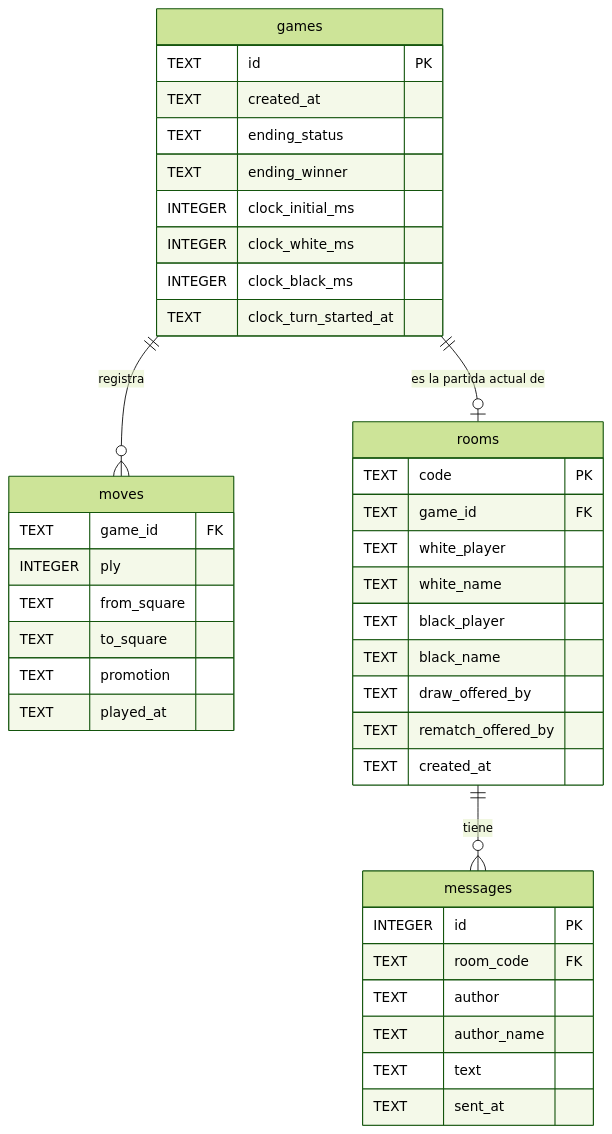
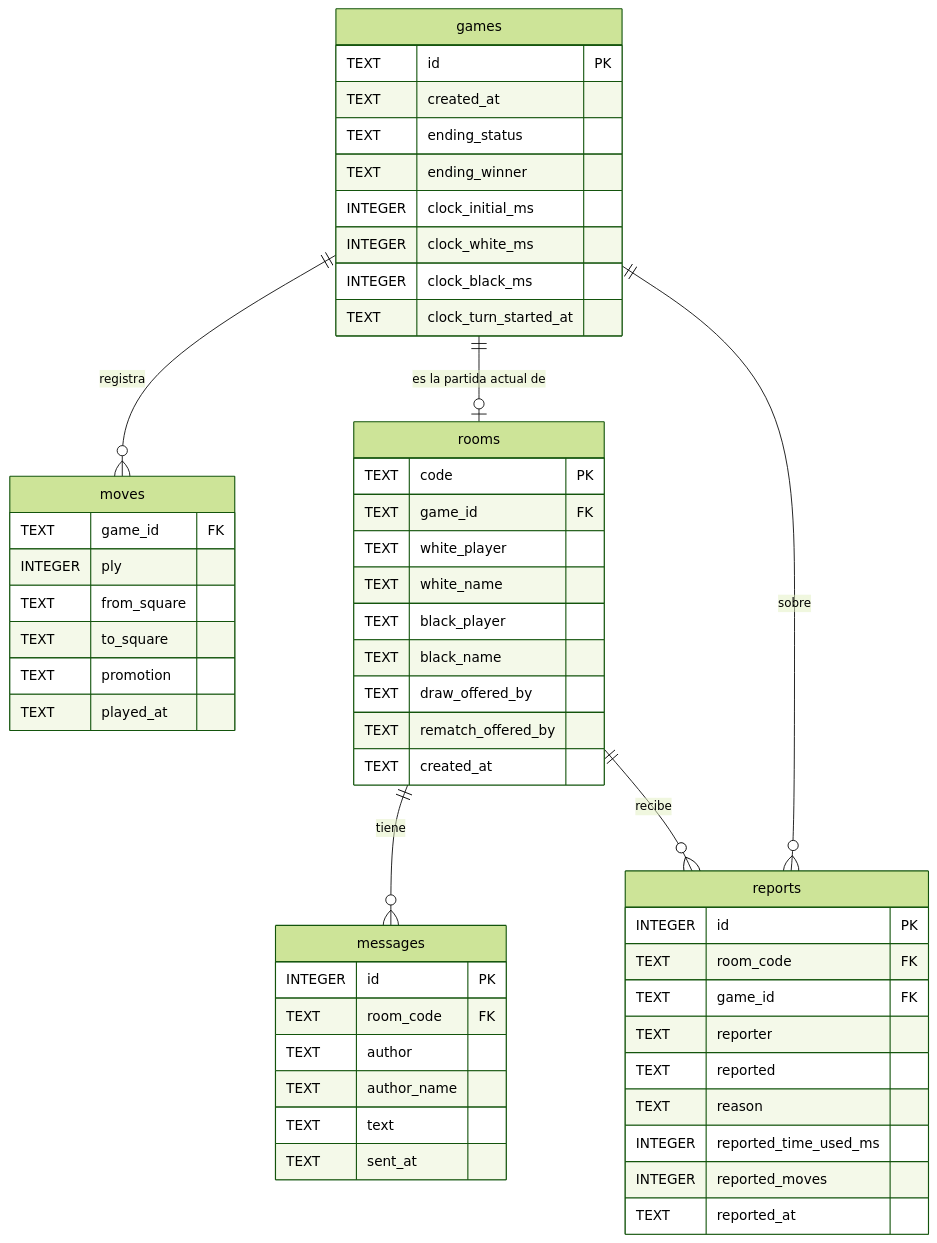
The fifth of 5 diagrams in README.md (LuisLr21/chess-software), drawn with Mermaid (forest theme) before and after one commit. The commit also changed other lines of this file and 307 other files, not shown here.

Commit message:
Multi-module hexagonal architecture: chess-core, chess-ai-service and chess-server with UseCase interface, one EndPoint per route, abandonment and opponent reports

````diff
--- a/README.md
+++ b/README.md
@@ -350,44 +481,57 @@
 ```mermaid
 erDiagram
     games ||--o{ moves : "registra"
     games ||--o| rooms : "es la partida actual de"
     rooms ||--o{ messages : "tiene"
+    rooms ||--o{ reports : "recibe"
+    games ||--o{ reports : "sobre"
 
     games {
         TEXT id PK
         TEXT created_at
         TEXT ending_status
         TEXT ending_winner
         INTEGER clock_initial_ms
         INTEGER clock_white_ms
         INTEGER clock_black_ms
         TEXT clock_turn_started_at
     }
     moves {
         TEXT game_id FK
         INTEGER ply
         TEXT from_square
         TEXT to_square
         TEXT promotion
         TEXT played_at
     }
     rooms {
         TEXT code PK
         TEXT game_id FK
         TEXT white_player
         TEXT white_name
         TEXT black_player
         TEXT black_name
         TEXT draw_offered_by
         TEXT rematch_offered_by
         TEXT created_at
     }
     messages {
         INTEGER id PK
         TEXT room_code FK
         TEXT author
         TEXT author_name
         TEXT text
         TEXT sent_at
     }
+    reports {
+        INTEGER id PK
+        TEXT room_code FK
+        TEXT game_id FK
+        TEXT reporter
+        TEXT reported
+        TEXT reason
+        INTEGER reported_time_used_ms
+        INTEGER reported_moves
+        TEXT reported_at
+    }
 ```
````
